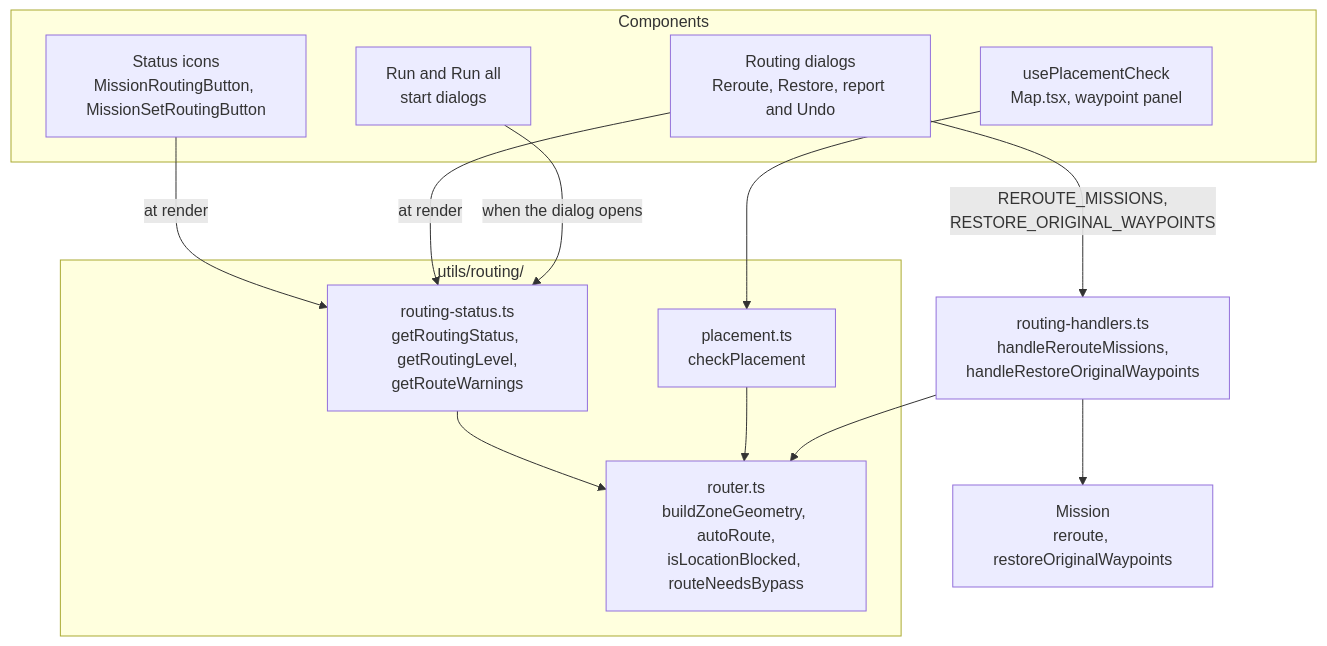
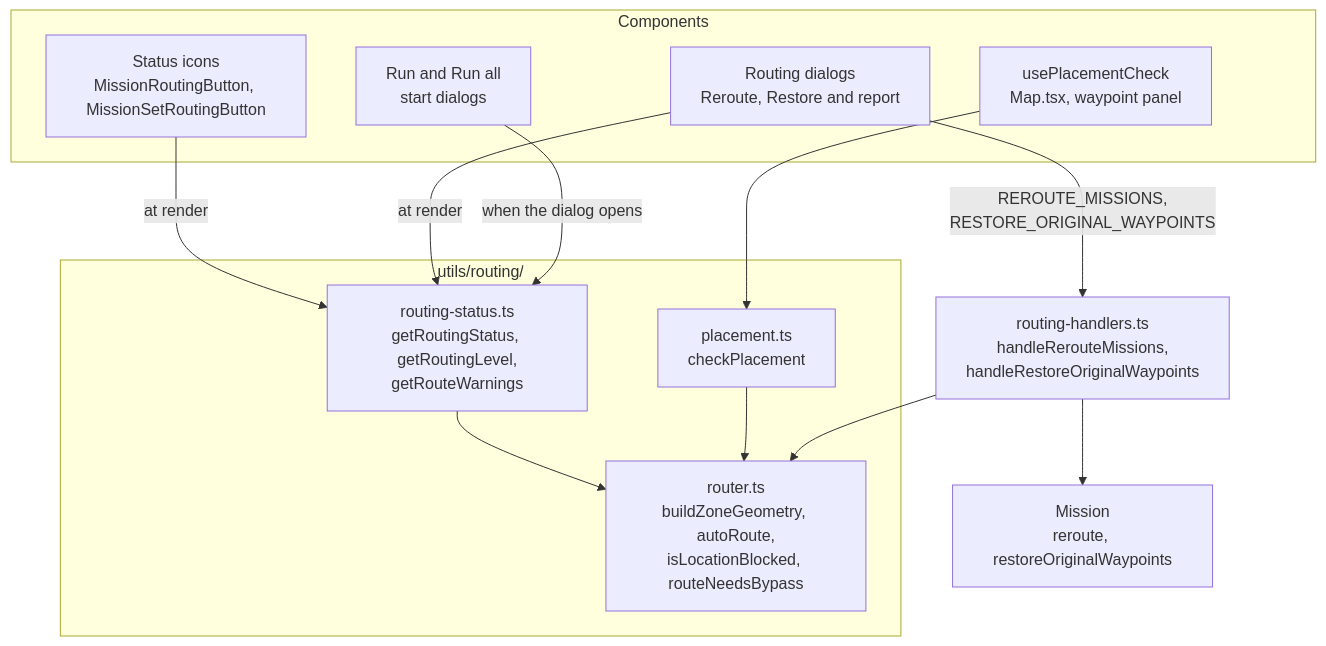
Before and after one commit to jaiarobotics/jaiabot: the diagram in src/doc/markdown/page113_obstacle_avoidance.md, drawn with Mermaid. The commit also changed other lines of this file and 8 other files, not shown here.

Commit message:
Remove the routing dialogs' Undo

````diff
--- a/src/doc/markdown/page113_obstacle_avoidance.md
+++ b/src/doc/markdown/page113_obstacle_avoidance.md
@@ -148,28 +144,28 @@
 ```mermaid
 flowchart TD
     subgraph UI["Components"]
         ICON["Status icons<br/>MissionRoutingButton, MissionSetRoutingButton"]
-        DLG["Routing dialogs<br/>Reroute, Restore, report and Undo"]
+        DLG["Routing dialogs<br/>Reroute, Restore and report"]
         PLACE["usePlacementCheck<br/>Map.tsx, waypoint panel"]
         RUN["Run and Run all<br/>start dialogs"]
     end
 
     subgraph UTIL["utils/routing/"]
         ROUTER["router.ts<br/>buildZoneGeometry, autoRoute,<br/>isLocationBlocked, routeNeedsBypass"]
         STATUS["routing-status.ts<br/>getRoutingStatus, getRoutingLevel,<br/>getRouteWarnings"]
         PLACEMENT["placement.ts<br/>checkPlacement"]
     end
 
     H["routing-handlers.ts<br/>handleRerouteMissions,<br/>handleRestoreOriginalWaypoints"]
     M["Mission<br/>reroute, restoreOriginalWaypoints"]
 
     ICON -- "at render" --> STATUS
     DLG -- "at render" --> STATUS
     RUN -- "when the dialog opens" --> STATUS
     PLACE --> PLACEMENT
     STATUS --> ROUTER
     PLACEMENT --> ROUTER
     DLG -- "REROUTE_MISSIONS,<br/>RESTORE_ORIGINAL_WAYPOINTS" --> H
     H --> ROUTER
     H --> M
 ```
````
